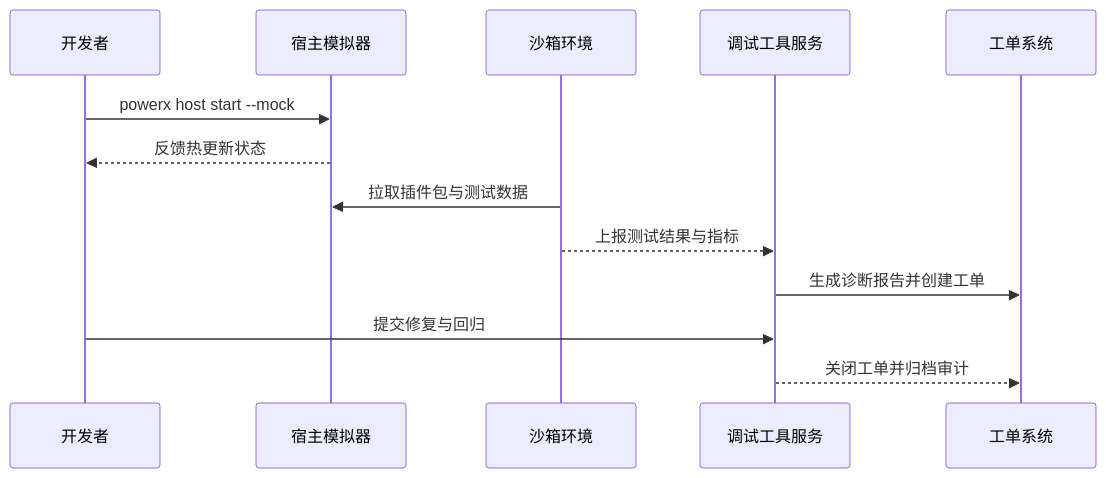
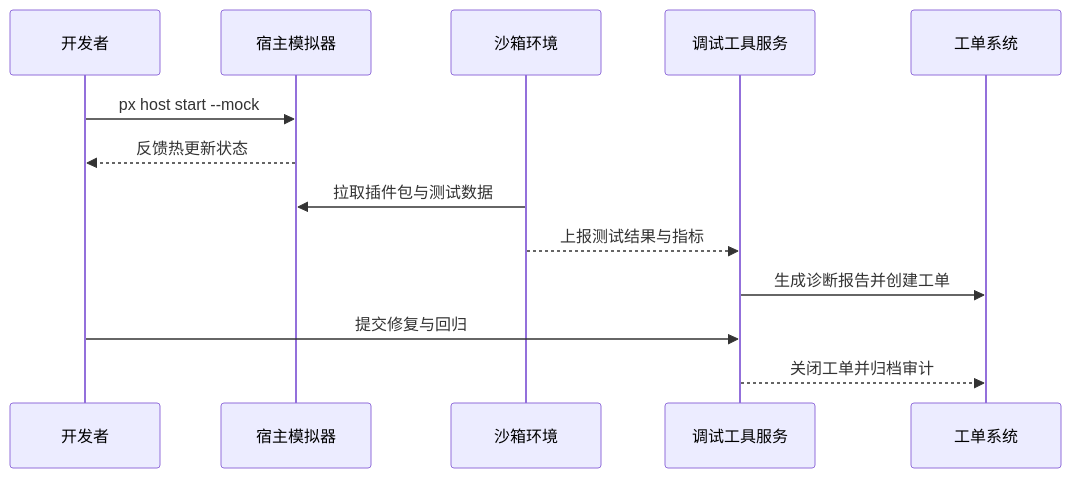
Before and after one commit to ArtisanCloud/PowerX: the diagram in docs/use_cases/_from_hub/SCN-DEV-PLUGIN-DEBUG-001/SCN-DEV-PLUGIN-DEBUG-001.md, drawn with Mermaid. The commit also changed other lines of this file and 50 other files, not shown here.

````diff
--- a/docs/use_cases/_from_hub/SCN-DEV-PLUGIN-DEBUG-001/SCN-DEV-PLUGIN-DEBUG-001.md
+++ b/docs/use_cases/_from_hub/SCN-DEV-PLUGIN-DEBUG-001/SCN-DEV-PLUGIN-DEBUG-001.md
@@ -69,16 +69,16 @@
 ```mermaid
 sequenceDiagram
   participant Dev as 开发者
   participant Host as 宿主模拟器
   participant Sandbox as 沙箱环境
   participant Tools as 调试工具服务
   participant Ticket as 工单系统
 
-  Dev->>Host: powerx host start --mock
+  Dev->>Host: px host start --mock
   Host-->>Dev: 反馈热更新状态
   Sandbox->>Host: 拉取插件包与测试数据
   Sandbox-->>Tools: 上报测试结果与指标
   Tools->>Ticket: 生成诊断报告并创建工单
   Dev->>Tools: 提交修复与回归
   Tools-->>Ticket: 关闭工单并归档审计
 ```
````
